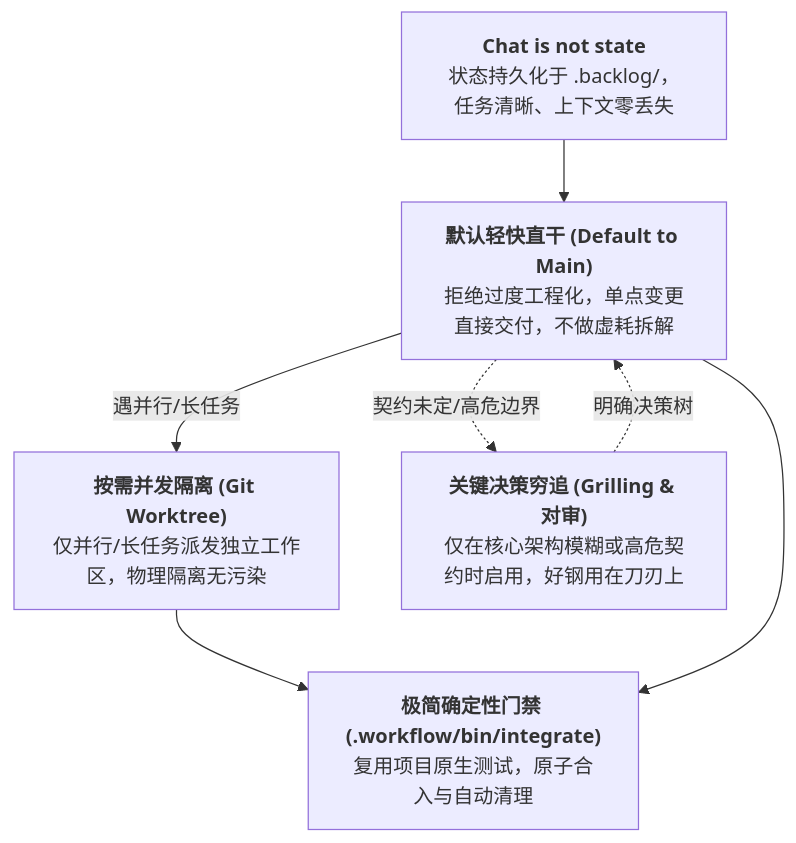
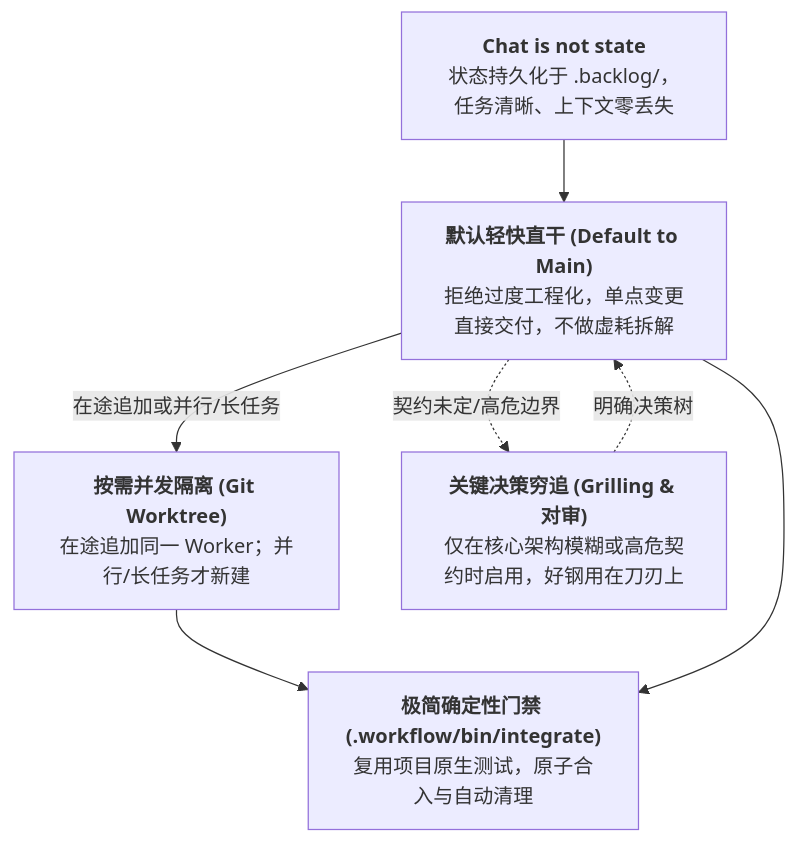
One commit to shiguangwl/Loom-Workflow changed the first of 2 diagrams in README.md. Above: the diagram before and after it, drawn with Mermaid. The commit also changed other lines of this file and 6 other files, not shown here.

````diff
--- a/README.md
+++ b/README.md
@@ -80,15 +79,15 @@
 ```mermaid
 flowchart TD
     Chat["<b>Chat is not state</b><br/>状态持久化于 .backlog/，任务清晰、上下文零丢失"]
     Main["<b>默认轻快直干 (Default to Main)</b><br/>拒绝过度工程化，单点变更直接交付，不做虚耗拆解"]
-    Worktree["<b>按需并发隔离 (Git Worktree)</b><br/>仅并行/长任务派发独立工作区，物理隔离无污染"]
+    Worktree["<b>按需并发隔离 (Git Worktree)</b><br/>在途追加同一 Worker；并行/长任务才新建"]
     Gate["<b>极简确定性门禁 (.workflow/bin/integrate)</b><br/>复用项目原生测试，原子合入与自动清理"]
     Grill["<b>关键决策穷追 (Grilling & 对审)</b><br/>仅在核心架构模糊或高危契约时启用，好钢用在刀刃上"]
 
     Chat --> Main
-    Main -- 遇并行/长任务 --> Worktree
+    Main -- 在途追加或并行/长任务 --> Worktree
     Worktree --> Gate
     Main --> Gate
     Main -. 契约未定/高危边界 .-> Grill
     Grill -. 明确决策树 .-> Main
 ```
````
